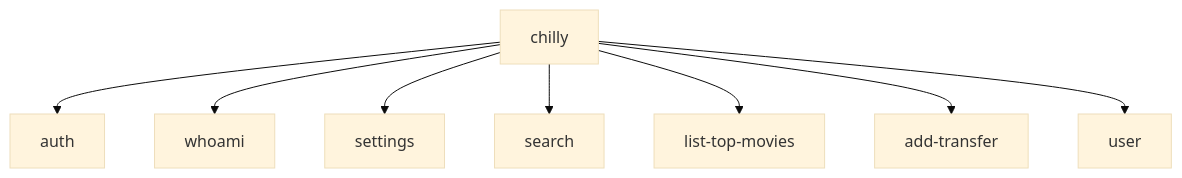
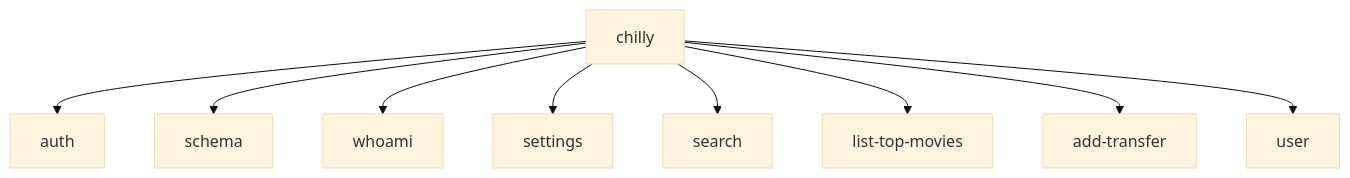
Before and after one commit to chill-institute/cli: the second of 5 diagrams in docs/ARCHITECTURE.md, drawn with Mermaid (base theme). The commit also changed other lines of this file and 24 other files, not shown here.

Commit message:
feat(cli): add agent-first auth and schema introspection

````diff
--- a/docs/ARCHITECTURE.md
+++ b/docs/ARCHITECTURE.md
@@ -27,10 +28,11 @@
 ```mermaid
 graph TD
   Root["chilly"] --> Auth["auth"]
+  Root --> Schema["schema"]
   Root --> Whoami["whoami"]
   Root --> Settings["settings"]
   Root --> Search["search"]
   Root --> TopMovies["list-top-movies"]
   Root --> Transfer["add-transfer"]
   Root --> User["user"]
 ```
````
